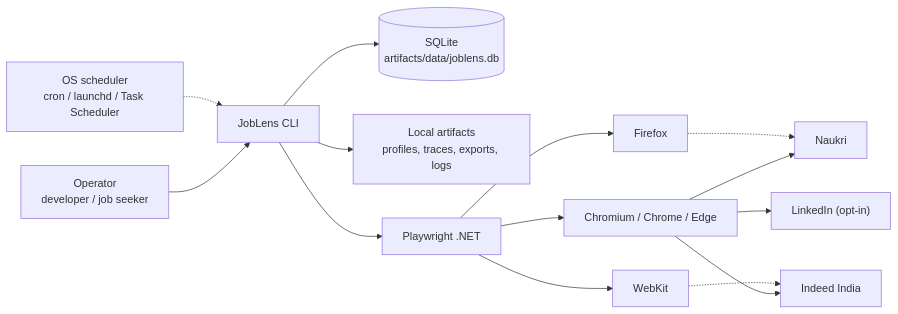
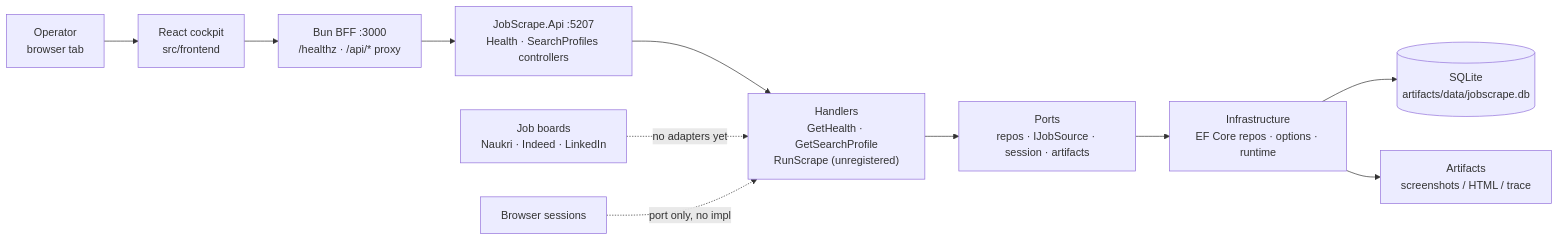
The first of 10 diagrams in docs/02-architecture.md (AslamNazeerShaikh/PlaywrightDotNet), drawn with Mermaid before and after one commit. The commit also changed other lines of this file and 3 other files, not shown here.

First line of the commit message:
docs: ground architecture docs in the implemented codebase with verified mermaid

````diff
--- a/docs/02-architecture.md
+++ b/docs/02-architecture.md
@@ -49,16 +54,13 @@
 ```mermaid
 flowchart LR
-    Operator["Operator<br/>developer / job seeker"] --> CLI["JobLens CLI"]
-    Scheduler["OS scheduler<br/>cron / launchd / Task Scheduler"] -.-> CLI
-    CLI --> DB[("SQLite<br/>artifacts/data/joblens.db")]
-    CLI --> Files["Local artifacts<br/>profiles, traces, exports, logs"]
-    CLI --> PW["Playwright .NET"]
-    PW --> Chromium["Chromium / Chrome / Edge"]
-    PW --> Firefox["Firefox"]
-    PW --> WebKit["WebKit"]
-    Chromium --> Naukri["Naukri"]
-    Chromium --> Indeed["Indeed India"]
-    Chromium --> LinkedIn["LinkedIn (opt-in)"]
-    Firefox -.-> Naukri
-    WebKit -.-> Indeed
+    OP["Operator<br/>browser tab"] --> UI["React cockpit<br/>src/frontend"]
+    UI --> BFF["Bun BFF :3000<br/>/healthz · /api/* proxy"]
+    BFF --> API["JobScrape.Api :5207<br/>Health · SearchProfiles controllers"]
+    API --> H["Handlers<br/>GetHealth · GetSearchProfile<br/>RunScrape (unregistered)"]
+    H --> PORTS["Ports<br/>repos · IJobSource · session · artifacts"]
+    PORTS --> IMPL["Infrastructure<br/>EF Core repos · options · runtime"]
+    IMPL --> DB[("SQLite<br/>artifacts/data/jobscrape.db")]
+    IMPL --> ART["Artifacts<br/>screenshots / HTML / trace"]
+    SRC["Job boards<br/>Naukri · Indeed · LinkedIn"] -.->|no adapters yet| H
+    SES["Browser sessions"] -.->|port only, no impl| H
 ```
````
